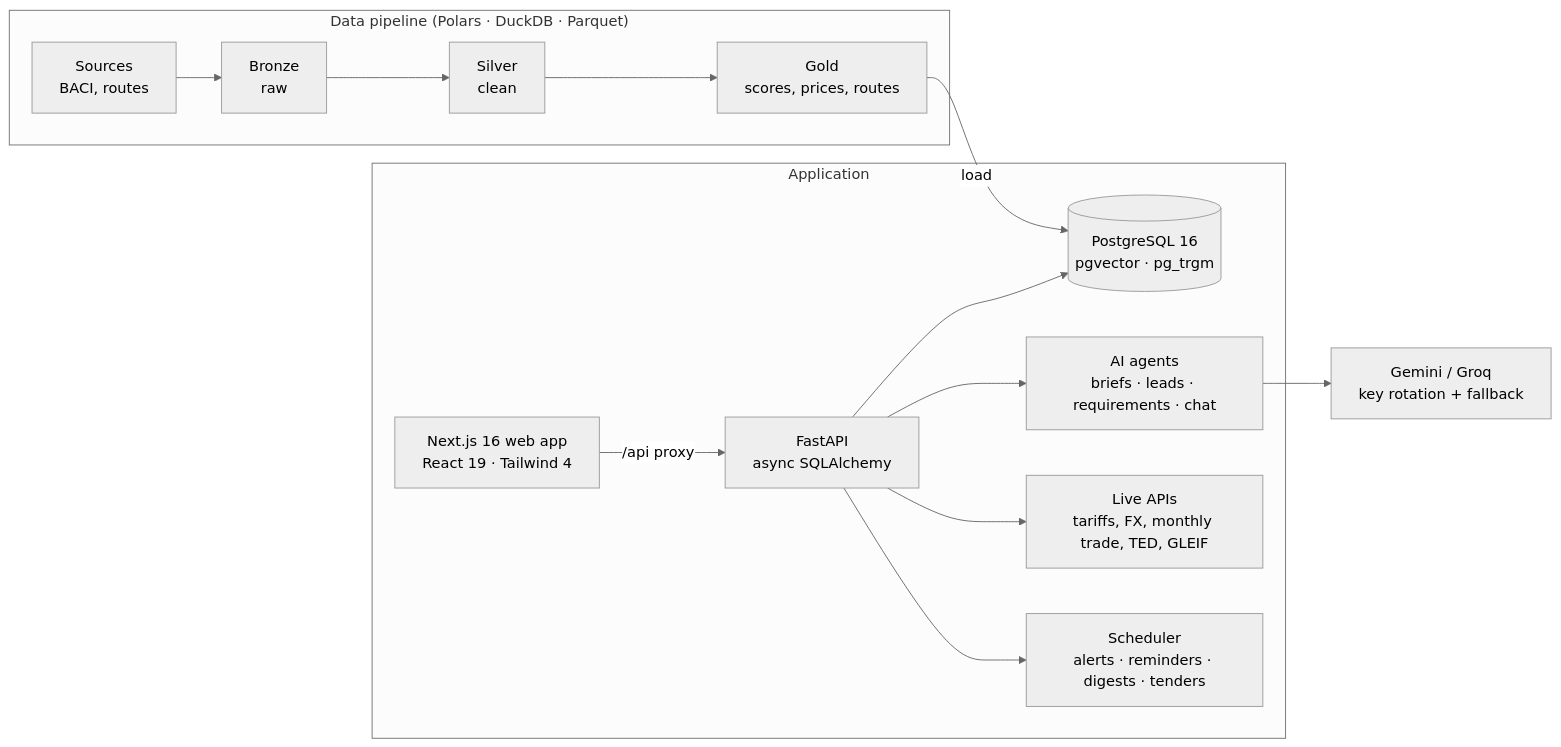
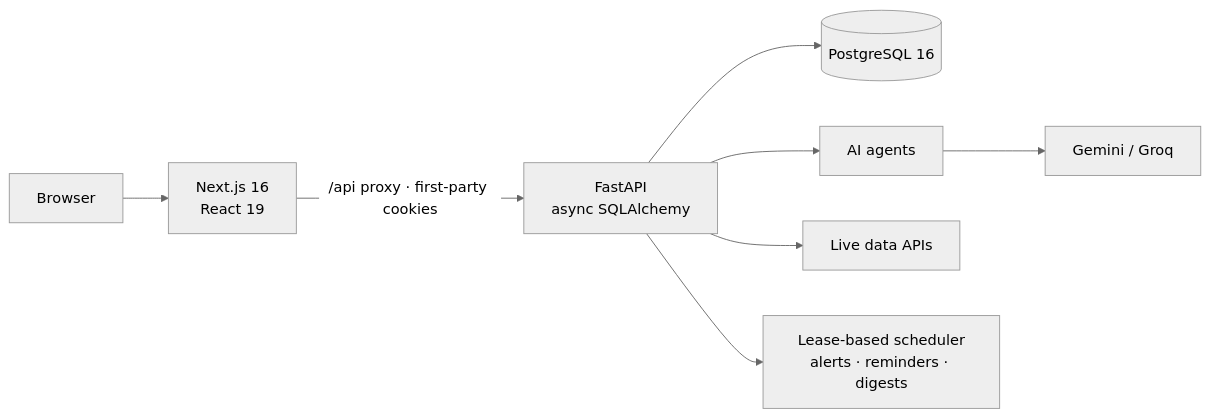
One commit to IzzatShahGit/whitespace changed the third of 3 diagrams in README.md. Above: the diagram before and after it, drawn with Mermaid (neutral theme). The commit also changed other lines of this file and 10 other files, not shown here.

````diff
--- a/README.md
+++ b/README.md
@@ -165,18 +181,10 @@
 ```mermaid
 flowchart LR
-    subgraph Pipeline["Data pipeline (Polars · DuckDB · Parquet)"]
-        A[Sources<br/>BACI, routes] --> B[Bronze<br/>raw] --> C[Silver<br/>clean] --> D[Gold<br/>scores, prices, routes]
-    end
-
-    D -->|load| DB[(PostgreSQL 16<br/>pgvector · pg_trgm)]
-
-    subgraph App["Application"]
-        W[Next.js 16 web app<br/>React 19 · Tailwind 4] -->|/api proxy| API[FastAPI<br/>async SQLAlchemy]
-        API --> DB
-        API --> AG[AI agents<br/>briefs · leads · requirements · chat]
-        API --> EXT[Live APIs<br/>tariffs, FX, monthly trade, TED, GLEIF]
-        API --> JOBS[Scheduler<br/>alerts · reminders · digests · tenders]
-    end
-
-    AG --> LLM[Gemini / Groq<br/>key rotation + fallback]
+    U[Browser] --> W[Next.js 16<br/>React 19]
+    W -->|/api proxy · first-party cookies| API[FastAPI<br/>async SQLAlchemy]
+    API --> DB[(PostgreSQL 16)]
+    API --> AG[AI agents]
+    API --> EXT[Live data APIs]
+    API --> JOB[Lease-based scheduler<br/>alerts · reminders · digests]
+    AG --> LLM[Gemini / Groq]
 ```
````
